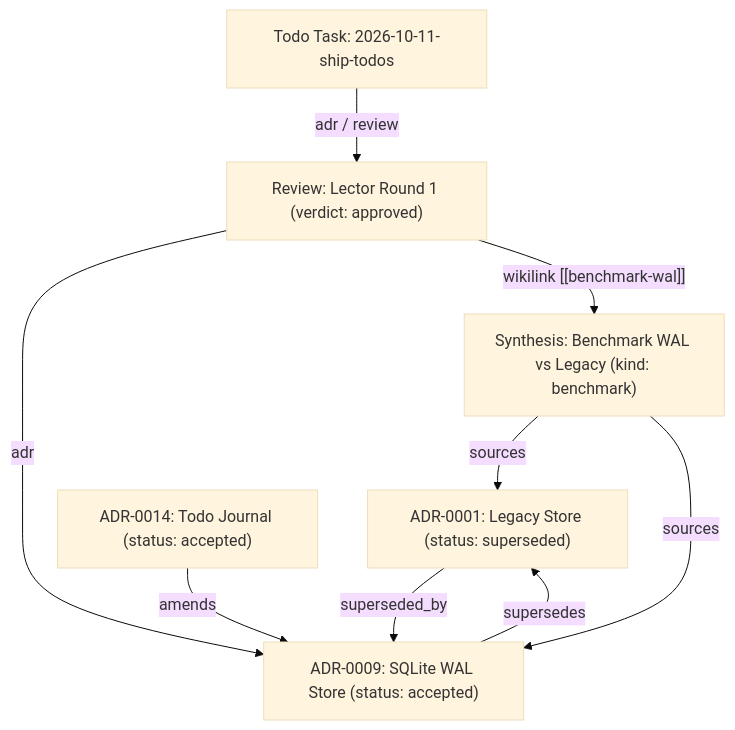
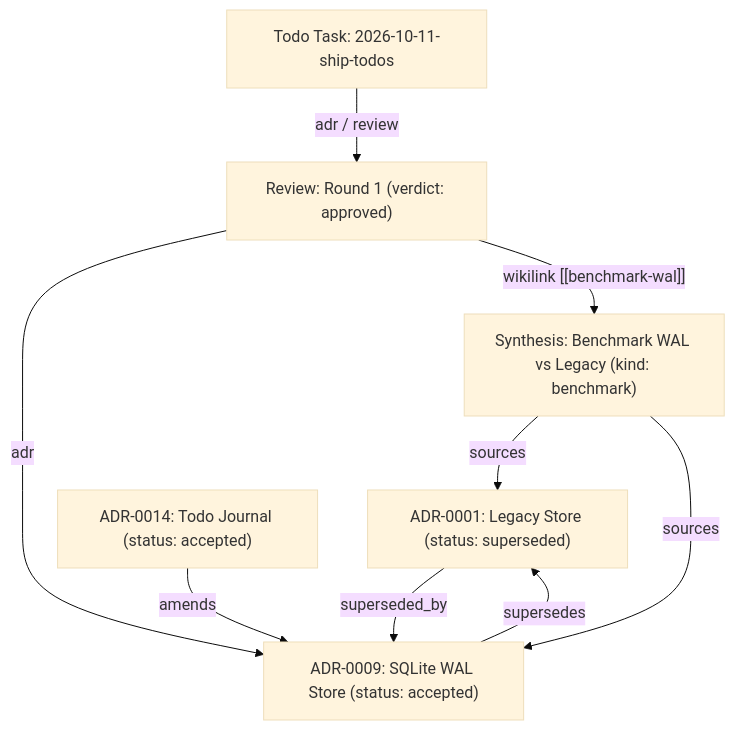
Before and after one commit to yongjohnlee80/autodoc: the diagram in docs/reference/08-knowledge-graphs-and-adr-lifecycle/adr-supersession-lifecycle.mmd, drawn with Mermaid (base theme). The commit also changed 657 other files, not shown here.

```diff
--- a/docs/reference/08-knowledge-graphs-and-adr-lifecycle/adr-supersession-lifecycle.mmd
+++ b/docs/reference/08-knowledge-graphs-and-adr-lifecycle/adr-supersession-lifecycle.mmd
@@ -1,9 +1,9 @@
 flowchart TD
     A01["ADR-0001: Legacy Store (status: superseded)"] -->|"superseded_by"| A09["ADR-0009: SQLite WAL Store (status: accepted)"]
     A09 -->|"supersedes"| A01
     A14["ADR-0014: Todo Journal (status: accepted)"] -->|"amends"| A09
     SYN["Synthesis: Benchmark WAL vs Legacy (kind: benchmark)"] -->|"sources"| A01
     SYN -->|"sources"| A09
-    REV["Review: Lector Round 1 (verdict: approved)"] -->|"adr"| A09
+    REV["Review: Round 1 (verdict: approved)"] -->|"adr"| A09
     REV -->|"wikilink [[benchmark-wal]]"| SYN
     TASK["Todo Task: 2026-10-11-ship-todos"] -->|"adr / review"| REV
```
